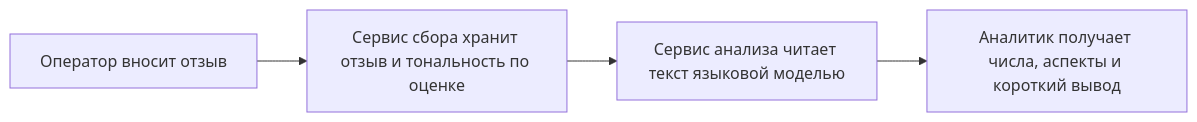
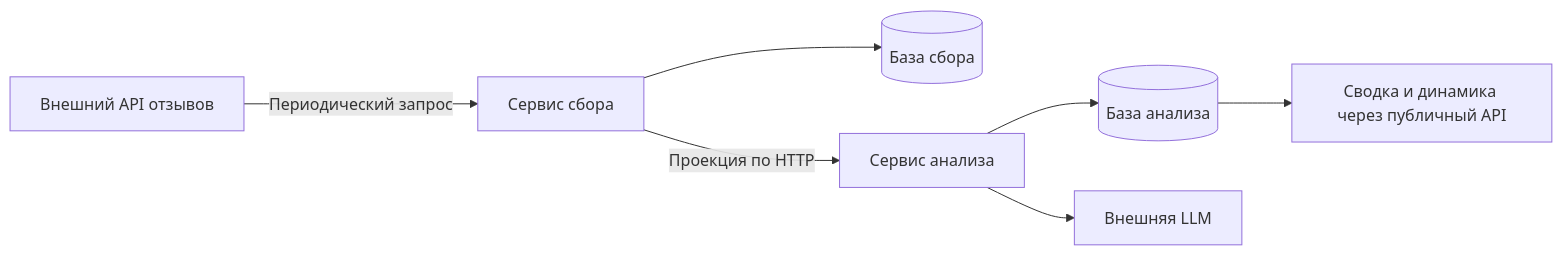
Before and after one commit to VyacheslavIurevich/software-requirements-analysis: the second of 5 diagrams in terms_of_reference/ToR.md, drawn with Mermaid. The commit also changed other lines of this file and 1 other file, not shown here.

````diff
--- a/terms_of_reference/ToR.md
+++ b/terms_of_reference/ToR.md
@@ -230,8 +167,10 @@
 ```mermaid
-%% caption: Целевой процесс сбора и анализа отзывов
-%% width: 100%
+%% caption: Целевой процесс
 flowchart LR
-  A[Оператор вносит отзыв] --> B[Сервис сбора хранит отзыв и тональность по оценке]
-  B --> C[Сервис анализа читает текст языковой моделью]
-  C --> D[Аналитик получает числа, аспекты и короткий вывод]
+  E[Внешний API отзывов] -->|Периодический запрос| C[Сервис сбора]
+  C --> R[(База сбора)]
+  C -->|Проекция по HTTP| A[Сервис анализа]
+  A --> B[(База анализа)]
+  A --> L[Внешняя LLM]
+  B --> V[Сводка и динамика через публичный API]
 ```
````
